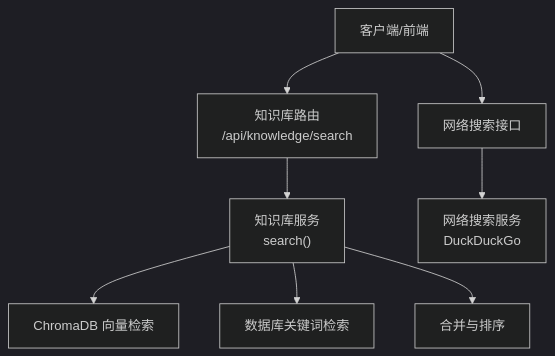
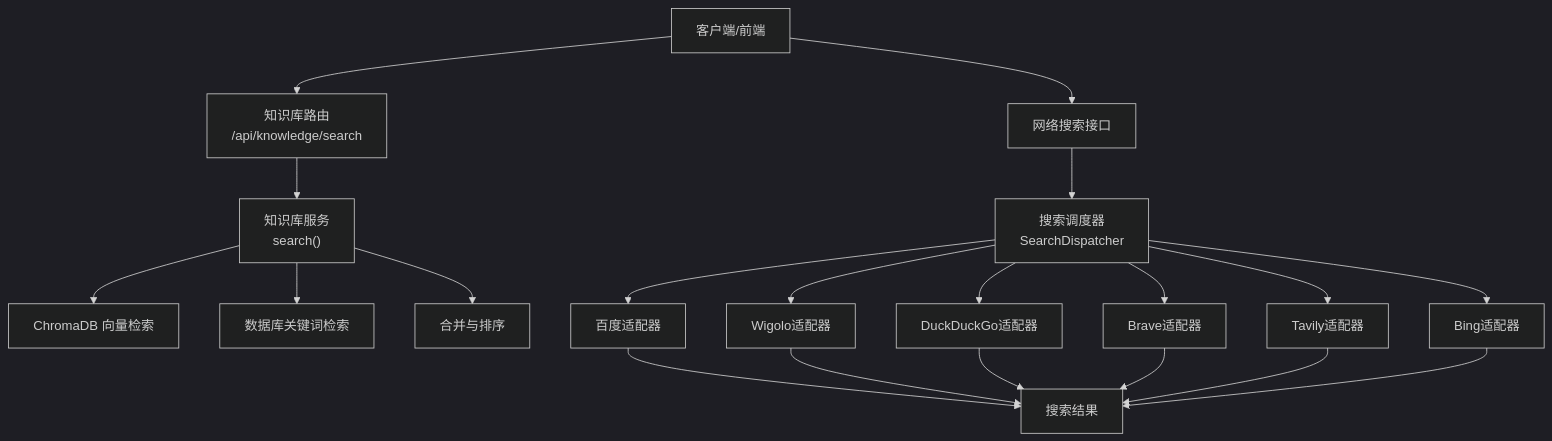
Before and after one commit to laohanhahaha/PaperChat: the second of 10 diagrams in .qoder/repowiki/zh/content/后端系统/业务服务层/搜索服务.md, drawn with Mermaid (dark theme). The commit also changed other lines of this file and 59 other files, not shown here.

````diff
--- a/.qoder/repowiki/zh/content/后端系统/业务服务层/搜索服务.md
+++ b/.qoder/repowiki/zh/content/后端系统/业务服务层/搜索服务.md
@@ -108,10 +153,22 @@
 ```mermaid
 graph TB
 Client["客户端/前端"] --> API["知识库路由<br/>/api/knowledge/search"]
 API --> KSvc["知识库服务<br/>search()"]
 KSvc --> Vector["ChromaDB 向量检索"]
 KSvc --> DBKey["数据库关键词检索"]
 KSvc --> Merge["合并与排序"]
 Client --> NetAPI["网络搜索接口"]
-NetAPI --> Svc["网络搜索服务<br/>DuckDuckGo"]
+NetAPI --> SD["搜索调度器<br/>SearchDispatcher"]
+SD --> Baidu["百度适配器"]
+SD --> Wigolo["Wigolo适配器"]
+SD --> DuckDuckGo["DuckDuckGo适配器"]
+SD --> Brave["Brave适配器"]
+SD --> Tavily["Tavily适配器"]
+SD --> Bing["Bing适配器"]
+Baidu --> Result["搜索结果"]
+Wigolo --> Result
+DuckDuckGo --> Result
+Brave --> Result
+Tavily --> Result
+Bing --> Result
 ```
````
